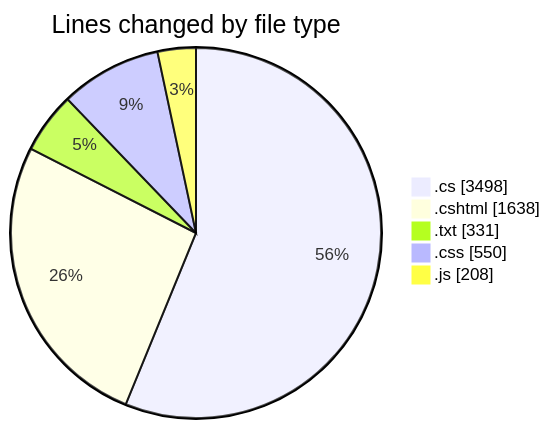
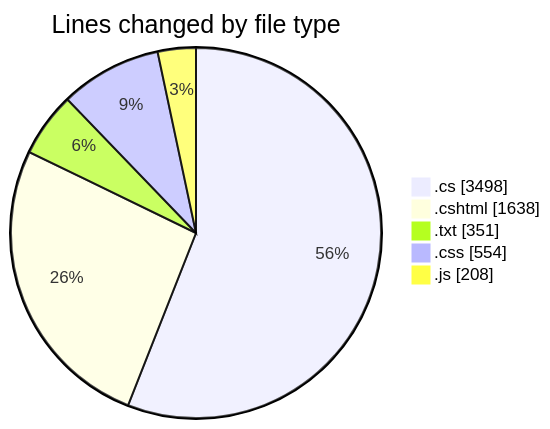
One commit to lephambinh05/code-tracking changed the first of 2 diagrams in 2025-07-28/quanlyrapchieuphim-1/README.md. Above: the diagram before and after it, drawn with Mermaid. The commit also changed other lines of this file and 1 other file, not shown here.

````diff
--- a/2025-07-28/quanlyrapchieuphim-1/README.md
+++ b/2025-07-28/quanlyrapchieuphim-1/README.md
@@ -36,9 +36,9 @@
 ```mermaid
 pie showData
 title Lines changed by file type
 ".cs" : 3498
 ".cshtml" : 1638
-".txt" : 331
-".css" : 550
+".txt" : 351
+".css" : 554
 ".js" : 208
 ```
````
